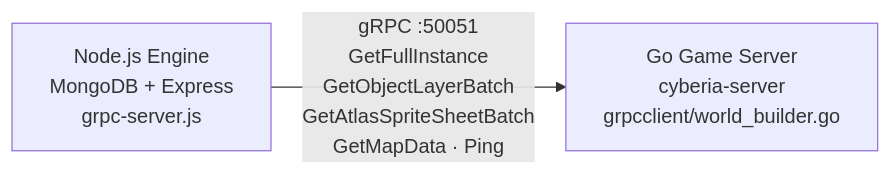
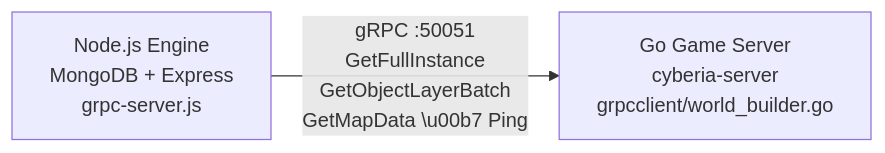
The first of 2 diagrams in src/grpc/cyberia/README.md (underpostnet/engine), drawn with Mermaid before and after one commit. The commit also changed other lines of this file and 1 other file, not shown here.

Commit message:
[grpc-cyberia] Remove AtlasSpriteSheet handling from gRPC server: delete unused functions and RPC handlers

````diff
--- a/src/grpc/cyberia/README.md
+++ b/src/grpc/cyberia/README.md
@@ -7,7 +7,7 @@
 ```mermaid
 graph LR
     engine["Node.js Engine\nMongoDB + Express\ngrpc-server.js"]
     go["Go Game Server\ncyberia-server\ngrpcclient/world_builder.go"]
 
-    engine -->|"gRPC :50051\nGetFullInstance\nGetObjectLayerBatch\nGetAtlasSpriteSheetBatch\nGetMapData · Ping"| go
+    engine -->|"gRPC :50051\nGetFullInstance\nGetObjectLayerBatch\nGetMapData \u00b7 Ping"| go
 ```
````
